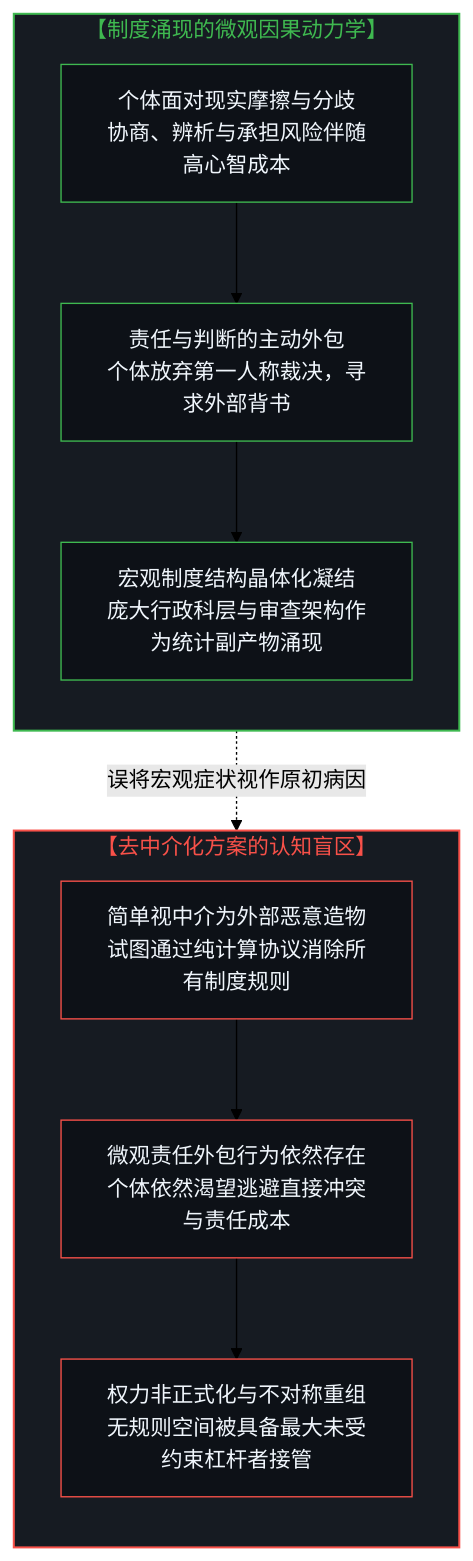
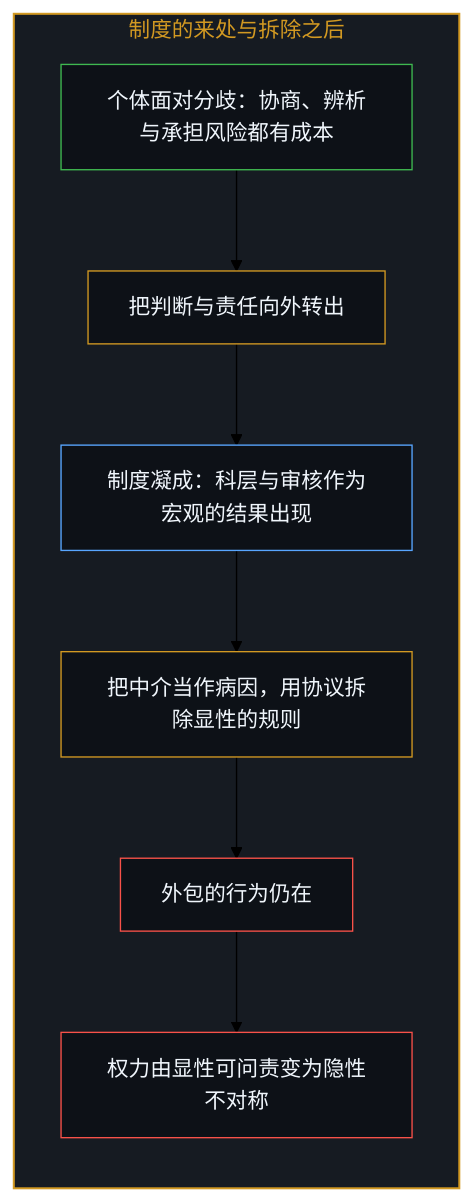
Before and after one commit to powerpig99/not-a-toe: the third of 10 diagrams in content/posts/the-illusion-of-the-unmediated.md, drawn with Mermaid (forest theme). The commit also changed other lines of this file and 2 other files, not shown here.

Commit message:
Refine the-illusion-of-the-unmediated: alternating bilingual layout, five paired diagrams, a trajectory read by its structure, implicit first person

````diff
--- a/content/posts/the-illusion-of-the-unmediated.md
+++ b/content/posts/the-illusion-of-the-unmediated.md
@@ -83,29 +81,25 @@
 ```mermaid
-graph TD
-    subgraph S_Reality["【制度涌现的微观因果动力学】"]
+flowchart TD
+    subgraph S_Institution["制度的来处与拆除之后"]
         direction TB
-        C1["个体面对现实摩擦与分歧<br/>协商、辨析与承担风险伴随高心智成本"]
-        C2["责任与判断的主动外包<br/>个体放弃第一人称裁决，寻求外部背书"]
-        C3["宏观制度结构晶体化凝结<br/>庞大行政科层与审查架构作为统计副产物涌现"]
-        C1 --> C2 --> C3
+        Friction["个体面对分歧：协商、辨析与承担风险都有成本"]
+        Outsource["把判断与责任向外转出"]
+        Congeal["制度凝成：科层与审核作为宏观的结果出现"]
+        Remove["把中介当作病因，用协议拆除显性的规则"]
+        Still["外包的行为仍在"]
+        Informal["权力由显性可问责变为隐性不对称"]
+        Friction --> Outsource
+        Outsource --> Congeal
+        Congeal --> Remove
+        Remove --> Still
+        Still --> Informal
     end
 
-    subgraph S_Fantasy["【去中介化方案的认知盲区】"]
-        direction TB
-        D1["简单视中介为外部恶意造物<br/>试图通过纯计算协议消除所有制度规则"]
-        D2["微观责任外包行为依然存在<br/>个体依然渴望逃避直接冲突与责任成本"]
-        D3["权力非正式化与不对称重组<br/>无规则空间被具备最大未受约束杠杆者接管"]
-        D1 --> D2 --> D3
-    end
-
-    C3 -.->|"误将宏观症状视作原初病因"| D1
-
-    style S_Reality fill:#161b22,stroke:#3fb950,stroke-width:1.5px,color:#3fb950
-    style S_Fantasy fill:#161b22,stroke:#f85149,stroke-width:1.5px,color:#f85149
-    style C1 fill:#0d1117,stroke:#3fb950,stroke-width:1px,color:#f0f6fc
-    style C2 fill:#0d1117,stroke:#3fb950,stroke-width:1px,color:#f0f6fc
-    style C3 fill:#0d1117,stroke:#3fb950,stroke-width:1px,color:#f0f6fc
-    style D1 fill:#0d1117,stroke:#f85149,stroke-width:1px,color:#f0f6fc
-    style D2 fill:#0d1117,stroke:#f85149,stroke-width:1px,color:#f0f6fc
-    style D3 fill:#0d1117,stroke:#f85149,stroke-width:1px,color:#f0f6fc
+    style S_Institution fill:#161b22,stroke:#d29922,stroke-width:1.5px,color:#d29922
+    style Friction fill:#0d1117,stroke:#3fb950,stroke-width:1px,color:#f0f6fc
+    style Outsource fill:#0d1117,stroke:#d29922,stroke-width:1px,color:#f0f6fc
+    style Congeal fill:#0d1117,stroke:#58a6ff,stroke-width:1px,color:#f0f6fc
+    style Remove fill:#0d1117,stroke:#d29922,stroke-width:1px,color:#f0f6fc
+    style Still fill:#0d1117,stroke:#f85149,stroke-width:1px,color:#f0f6fc
+    style Informal fill:#0d1117,stroke:#f85149,stroke-width:1px,color:#f0f6fc
 ```
````
